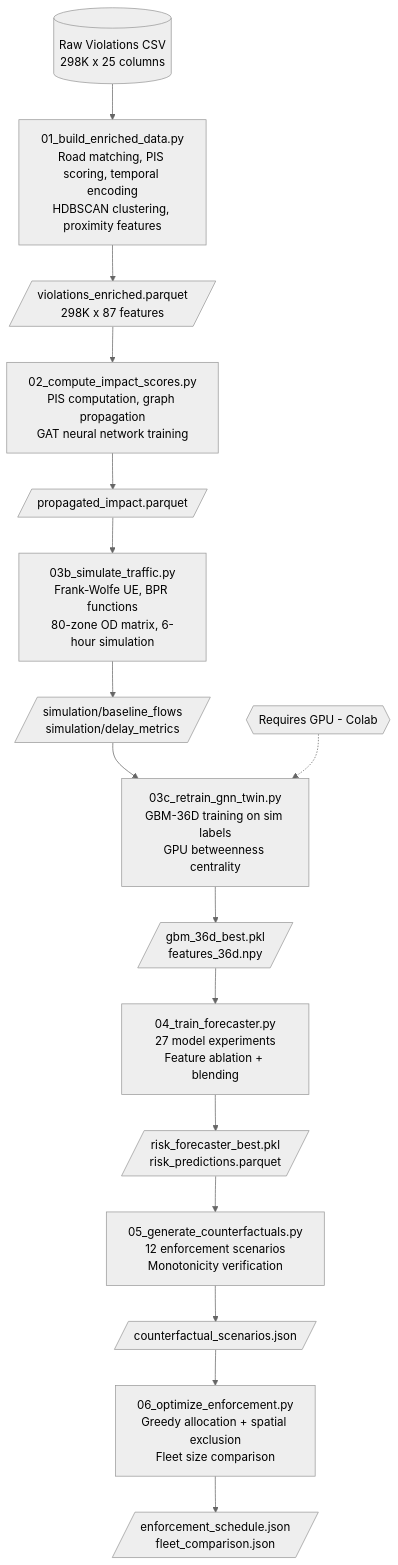
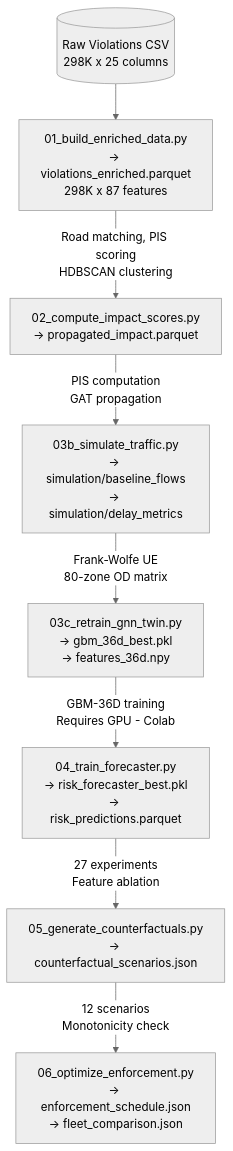
The fourth of 4 diagrams in README.md (SK8-infi/DRISHTAM), drawn with Mermaid (neutral theme) before and after one commit.

Commit message:
docs: simplify pipeline diagram - combine scripts and outputs into single nodes

````diff
--- a/README.md
+++ b/README.md
@@ -334,30 +334,20 @@
 ```mermaid
 flowchart TD
     RAW[(Raw Violations CSV\n298K x 25 columns)]
 
-    S1[01_build_enriched_data.py\nRoad matching, PIS scoring, temporal encoding\nHDBSCAN clustering, proximity features]
-    O1[/violations_enriched.parquet\n298K x 87 features/]
+    S1["01_build_enriched_data.py\n-> violations_enriched.parquet\n298K x 87 features"]
+    S2["02_compute_impact_scores.py\n-> propagated_impact.parquet"]
+    S3["03b_simulate_traffic.py\n-> simulation/baseline_flows\n-> simulation/delay_metrics"]
+    S4["03c_retrain_gnn_twin.py\n-> gbm_36d_best.pkl\n-> features_36d.npy"]
+    S5["04_train_forecaster.py\n-> risk_forecaster_best.pkl\n-> risk_predictions.parquet"]
+    S6["05_generate_counterfactuals.py\n-> counterfactual_scenarios.json"]
+    S7["06_optimize_enforcement.py\n-> enforcement_schedule.json\n-> fleet_comparison.json"]
 
-    S2[02_compute_impact_scores.py\nPIS computation, graph propagation\nGAT neural network training]
-    O2[/propagated_impact.parquet/]
-
-    S3[03b_simulate_traffic.py\nFrank-Wolfe UE, BPR functions\n80-zone OD matrix, 6-hour simulation]
-    O3[/simulation/baseline_flows\nsimulation/delay_metrics/]
-
-    S4[03c_retrain_gnn_twin.py\nGBM-36D training on sim labels\nGPU betweenness centrality]
-    O4[/gbm_36d_best.pkl\nfeatures_36d.npy/]
-    GPU{{Requires GPU - Colab}}
-
-    S5[04_train_forecaster.py\n27 model experiments\nFeature ablation + blending]
-    O5[/risk_forecaster_best.pkl\nrisk_predictions.parquet/]
-
-    S6[05_generate_counterfactuals.py\n12 enforcement scenarios\nMonotonicity verification]
-    O6[/counterfactual_scenarios.json/]
-
-    S7[06_optimize_enforcement.py\nGreedy allocation + spatial exclusion\nFleet size comparison]
-    O7[/enforcement_schedule.json\nfleet_comparison.json/]
-
-    RAW --> S1 --> O1 --> S2 --> O2 --> S3 --> O3 --> S4
-    GPU -.-> S4
-    S4 --> O4 --> S5 --> O5 --> S6 --> O6 --> S7 --> O7
+    RAW --> S1
+    S1 -->|Road matching, PIS scoring\nHDBSCAN clustering| S2
+    S2 -->|PIS computation\nGAT propagation| S3
+    S3 -->|Frank-Wolfe UE\n80-zone OD matrix| S4
+    S4 -->|GBM-36D training\nRequires GPU - Colab| S5
+    S5 -->|27 experiments\nFeature ablation| S6
+    S6 -->|12 scenarios\nMonotonicity check| S7
 ```
````
